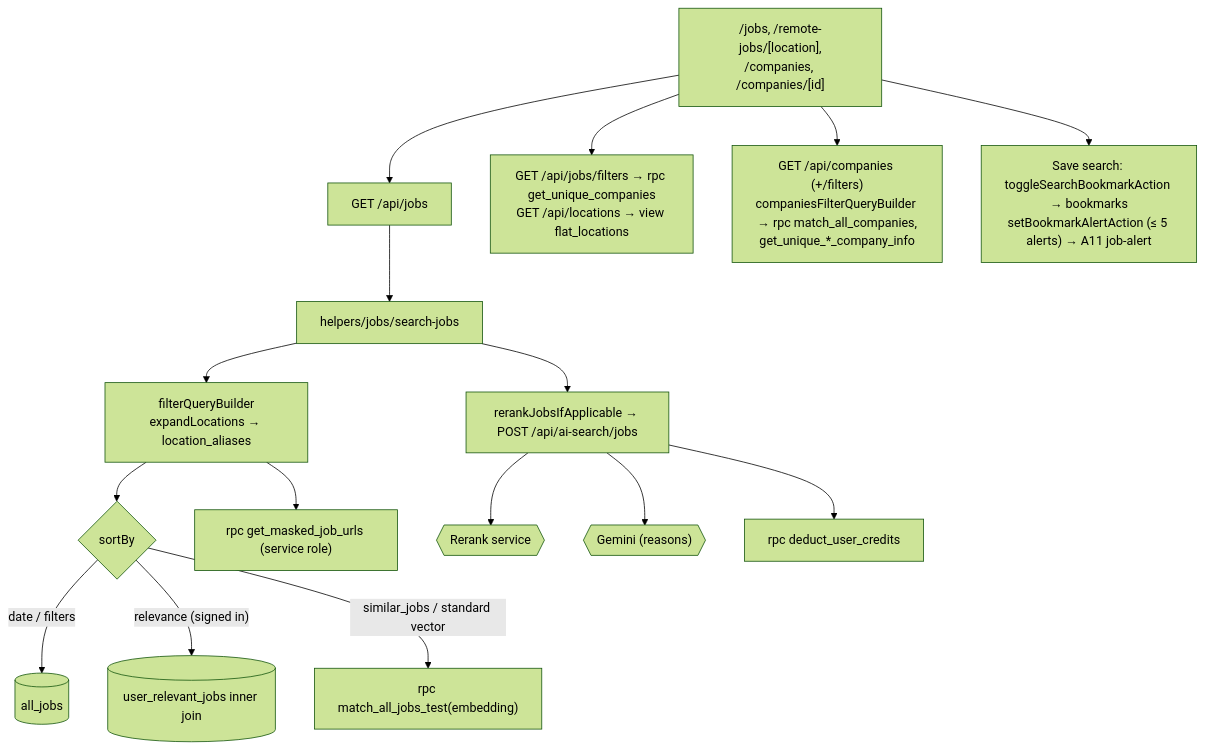
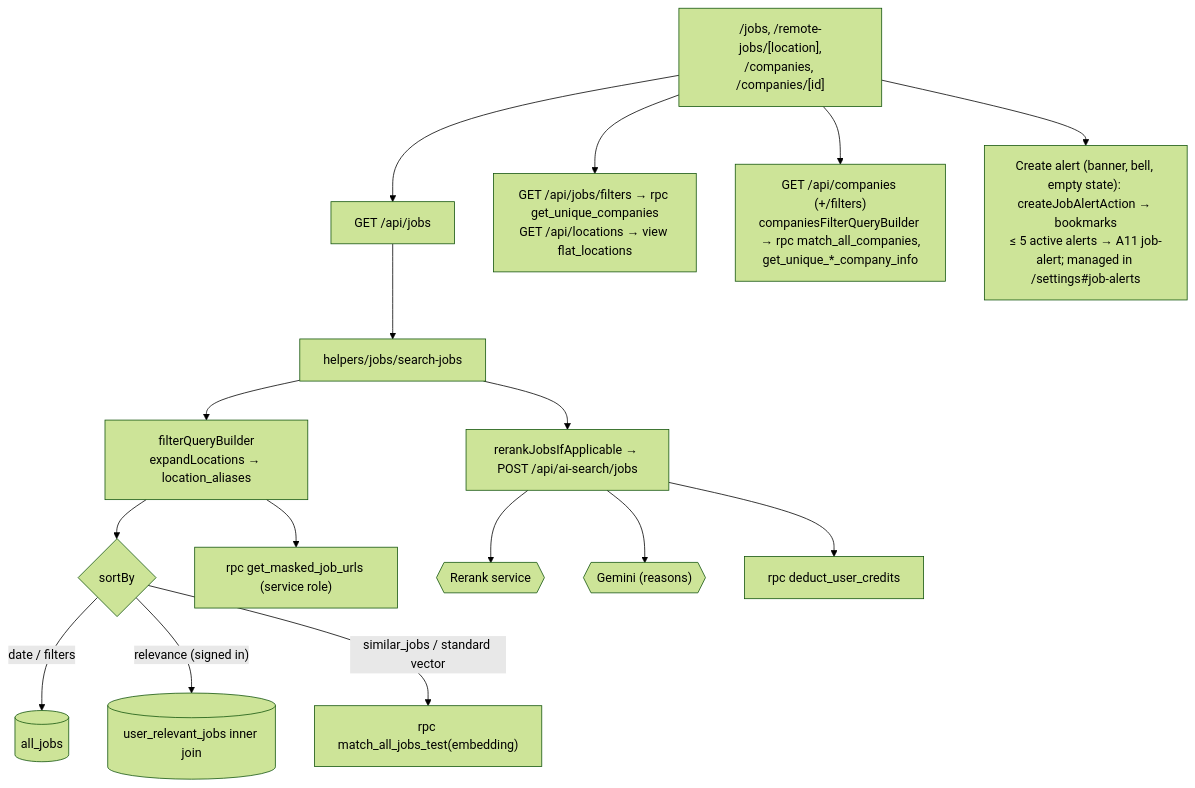
Before and after one commit to kVarunkk/GetHired: the third of 14 diagrams in docs/app-flows/02-applicant.md, drawn with Mermaid (forest theme). The commit also changed other lines of this file and 4 other files, not shown here.

Commit message:
docs(job-alerts): update app flows; add backfill script

````diff
--- a/docs/app-flows/02-applicant.md
+++ b/docs/app-flows/02-applicant.md
@@ -65,18 +65,18 @@
 ```mermaid
 flowchart TD
   J["/jobs, /remote-jobs/[location],<br/>/companies, /companies/[id]"] --> API["GET /api/jobs"]
   J --> F["GET /api/jobs/filters → rpc get_unique_companies<br/>GET /api/locations → view flat_locations"]
   J --> CF["GET /api/companies (+/filters)<br/>companiesFilterQueryBuilder → rpc match_all_companies,<br/>get_unique_*_company_info"]
   API --> SJ["helpers/jobs/search-jobs"]
   SJ --> FQB["filterQueryBuilder<br/>expandLocations → location_aliases"]
   FQB --> SORT{"sortBy"}
   SORT -- "date / filters" --> AJ[("all_jobs")]
   SORT -- "relevance (signed in)" --> URJ[("user_relevant_jobs inner join")]
   SORT -- "similar_jobs / standard vector" --> MV["rpc match_all_jobs_test(embedding)"]
   FQB --> MU["rpc get_masked_job_urls (service role)"]
   SJ --> RR["rerankJobsIfApplicable → POST /api/ai-search/jobs"]
   RR --> JEV{{"Rerank service"}}
   RR --> G{{"Gemini (reasons)"}}
   RR --> CR["rpc deduct_user_credits"]
-  J --> BM["Save search: toggleSearchBookmarkAction → bookmarks<br/>setBookmarkAlertAction (≤ 5 alerts) → A11 job-alert"]
+  J --> BM["Create alert (banner, bell, empty state): createJobAlertAction → bookmarks<br/>≤ 5 active alerts → A11 job-alert; managed in /settings#job-alerts"]
 ```
````
